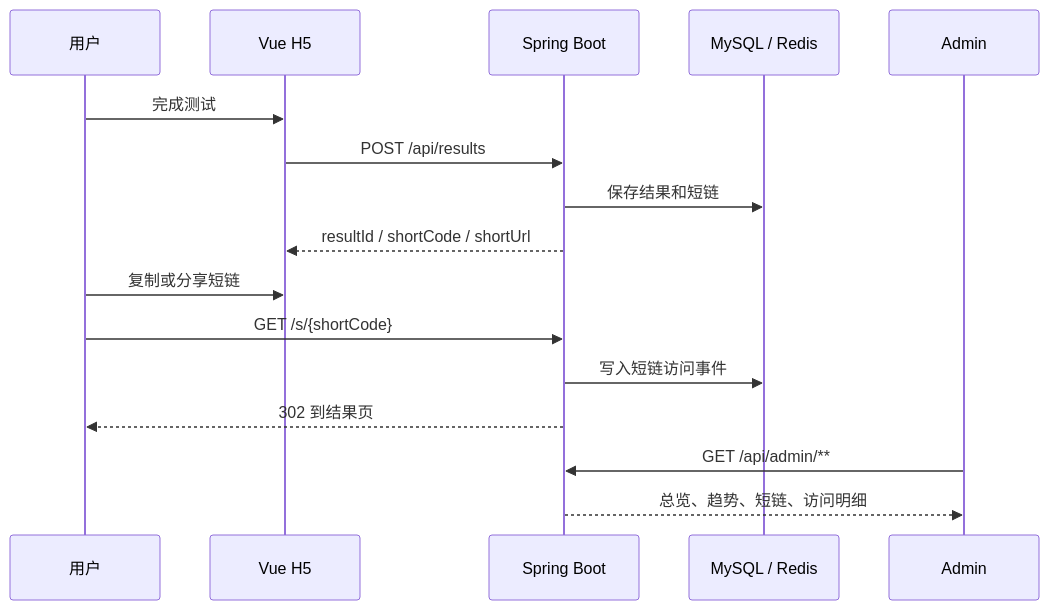
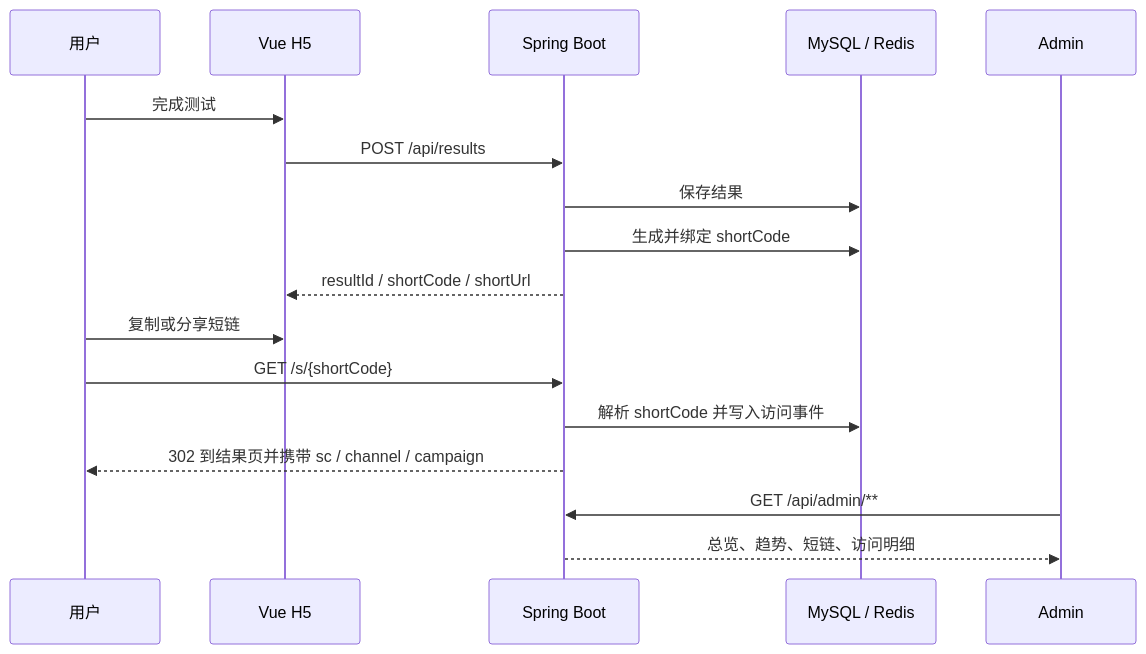
Before and after one commit to Oliver1205/wuxing-persona-card: the second of 2 diagrams in README.md, drawn with Mermaid. The commit also changed other lines of this file, not shown here.

Commit message:
Emphasize short link implementation in README

````diff
--- a/README.md
+++ b/README.md
@@ -69,19 +140,20 @@
 ```mermaid
 sequenceDiagram
   participant U as 用户
   participant H5 as Vue H5
   participant API as Spring Boot
   participant DB as MySQL / Redis
   participant A as Admin
 
   U->>H5: 完成测试
   H5->>API: POST /api/results
-  API->>DB: 保存结果和短链
+  API->>DB: 保存结果
+  API->>DB: 生成并绑定 shortCode
   API-->>H5: resultId / shortCode / shortUrl
   U->>H5: 复制或分享短链
   U->>API: GET /s/{shortCode}
-  API->>DB: 写入短链访问事件
-  API-->>U: 302 到结果页
+  API->>DB: 解析 shortCode 并写入访问事件
+  API-->>U: 302 到结果页并携带 sc / channel / campaign
   A->>API: GET /api/admin/**
   API-->>A: 总览、趋势、短链、访问明细
 ```
````
